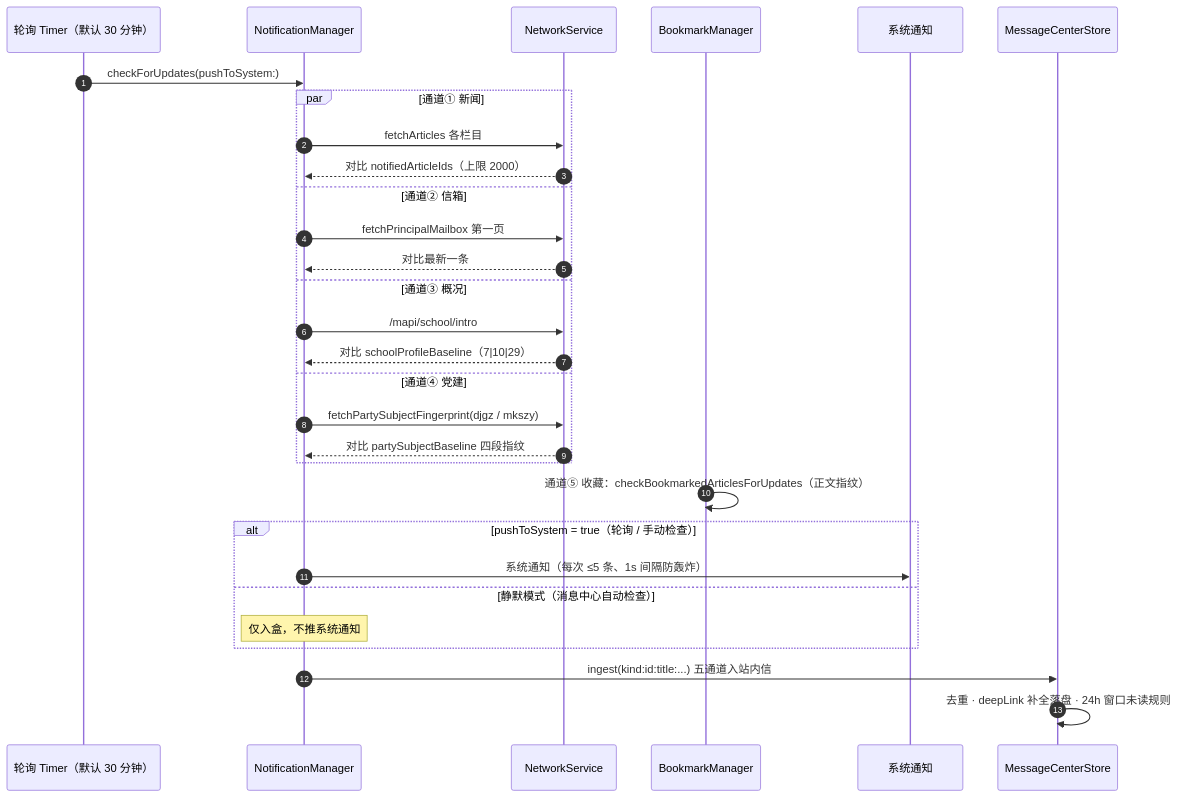
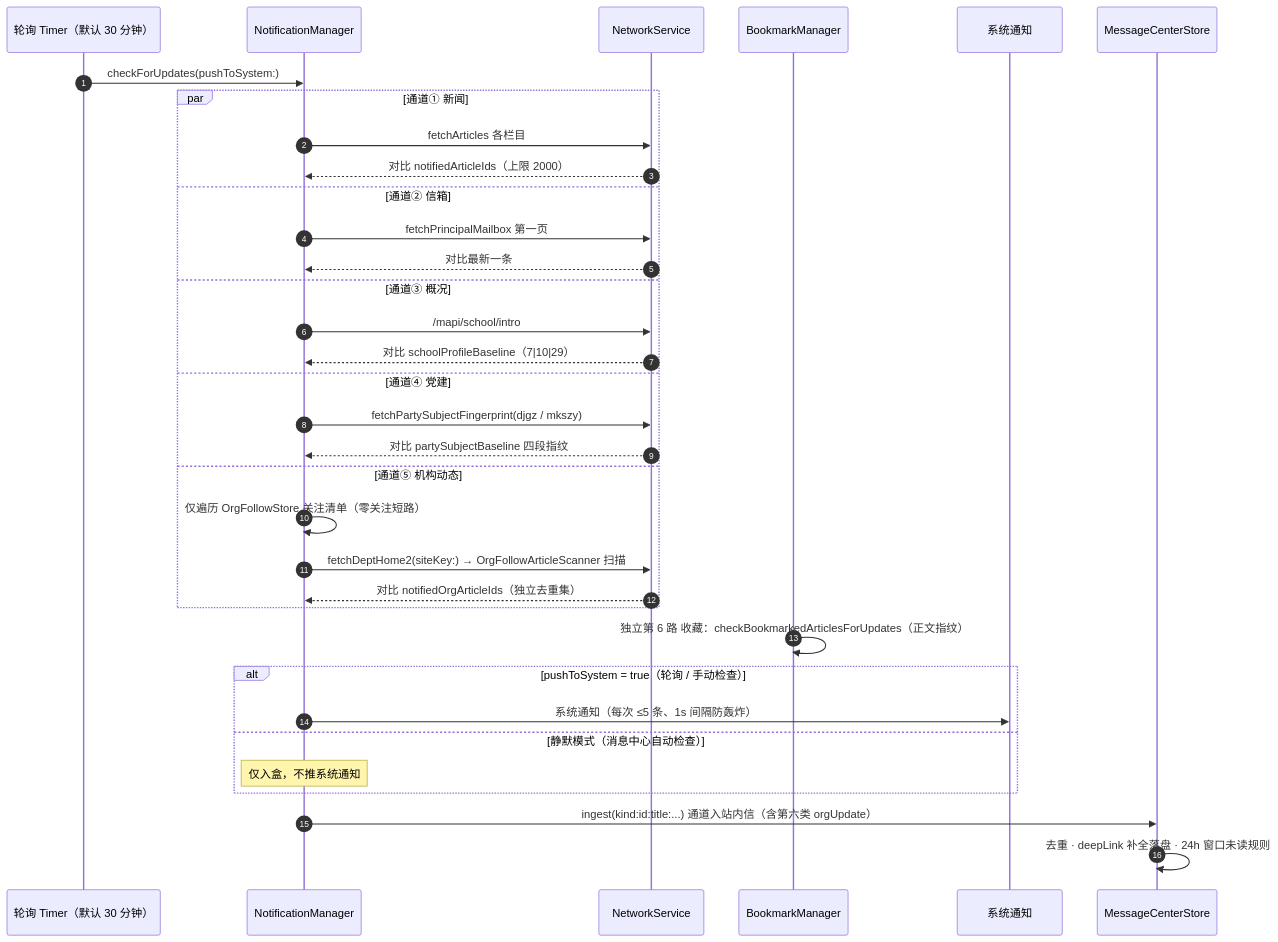
One commit to kkkh/demo changed the fifth of 5 diagrams in qin/docs/code-wiki/01-项目整体架构.md. Above: the diagram before and after it, drawn with Mermaid. The commit also changed other lines of this file and 5 other files, not shown here.

````diff
--- a/qin/docs/code-wiki/01-项目整体架构.md
+++ b/qin/docs/code-wiki/01-项目整体架构.md
@@ -381,32 +390,36 @@
 ```mermaid
 sequenceDiagram
     autonumber
     participant Timer as 轮询 Timer（默认 30 分钟）
     participant NM as NotificationManager
     participant NS as NetworkService
     participant BM as BookmarkManager
     participant Sys as 系统通知
     participant MC as MessageCenterStore
     Timer->>NM: checkForUpdates(pushToSystem:)
     par 通道① 新闻
         NM->>NS: fetchArticles 各栏目
         NS-->>NM: 对比 notifiedArticleIds（上限 2000）
     and 通道② 信箱
         NM->>NS: fetchPrincipalMailbox 第一页
         NS-->>NM: 对比最新一条
     and 通道③ 概况
         NM->>NS: /mapi/school/intro
         NS-->>NM: 对比 schoolProfileBaseline（7|10|29）
     and 通道④ 党建
         NM->>NS: fetchPartySubjectFingerprint(djgz / mkszy)
         NS-->>NM: 对比 partySubjectBaseline 四段指纹
+    and 通道⑤ 机构动态
+        NM->>NM: 仅遍历 OrgFollowStore 关注清单（零关注短路）
+        NM->>NS: fetchDeptHome2(siteKey:) → OrgFollowArticleScanner 扫描
+        NS-->>NM: 对比 notifiedOrgArticleIds（独立去重集）
     end
-    BM->>BM: 通道⑤ 收藏：checkBookmarkedArticlesForUpdates（正文指纹）
+    BM->>BM: 独立第 6 路 收藏：checkBookmarkedArticlesForUpdates（正文指纹）
     alt pushToSystem = true（轮询 / 手动检查）
         NM->>Sys: 系统通知（每次 ≤5 条、1s 间隔防轰炸）
     else 静默模式（消息中心自动检查）
         Note over NM: 仅入盒，不推系统通知
     end
-    NM->>MC: ingest(kind:id:title:...) 五通道入站内信
+    NM->>MC: ingest(kind:id:title:...) 通道入站内信（含第六类 orgUpdate）
     MC->>MC: 去重 · deepLink 补全落盘 · 24h 窗口未读规则
 ```
````
